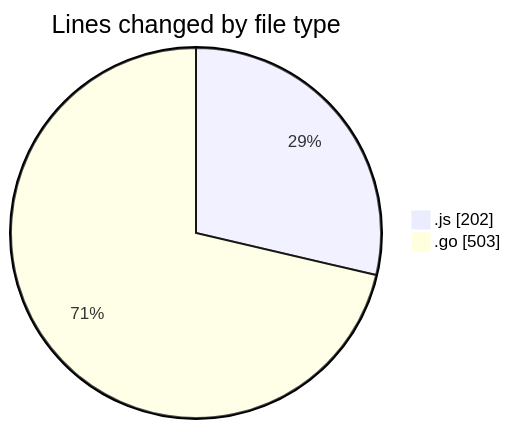
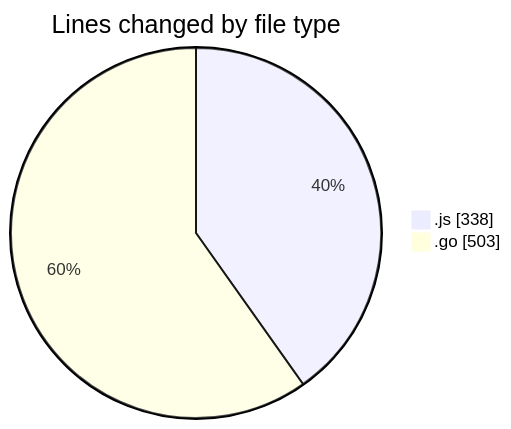
Before and after one commit to robertbonfada/code-tracking: the first of 2 diagrams in 2025-03-04/simulador-serial/README.md, drawn with Mermaid. The commit also changed other lines of this file and 1 other file, not shown here.

````diff
--- a/2025-03-04/simulador-serial/README.md
+++ b/2025-03-04/simulador-serial/README.md
@@ -21,6 +22,6 @@
 ```mermaid
 pie showData
 title Lines changed by file type
-".js" : 202
+".js" : 338
 ".go" : 503
 ```
````
